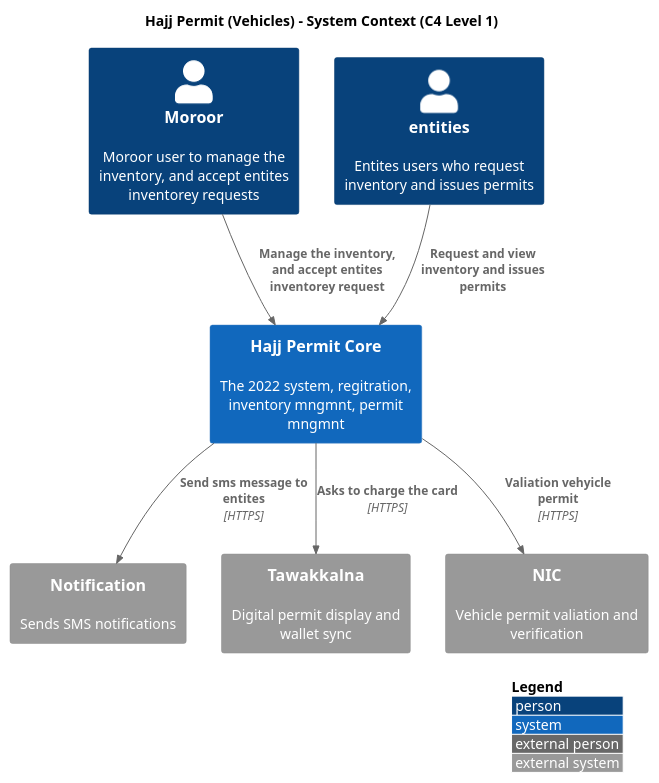
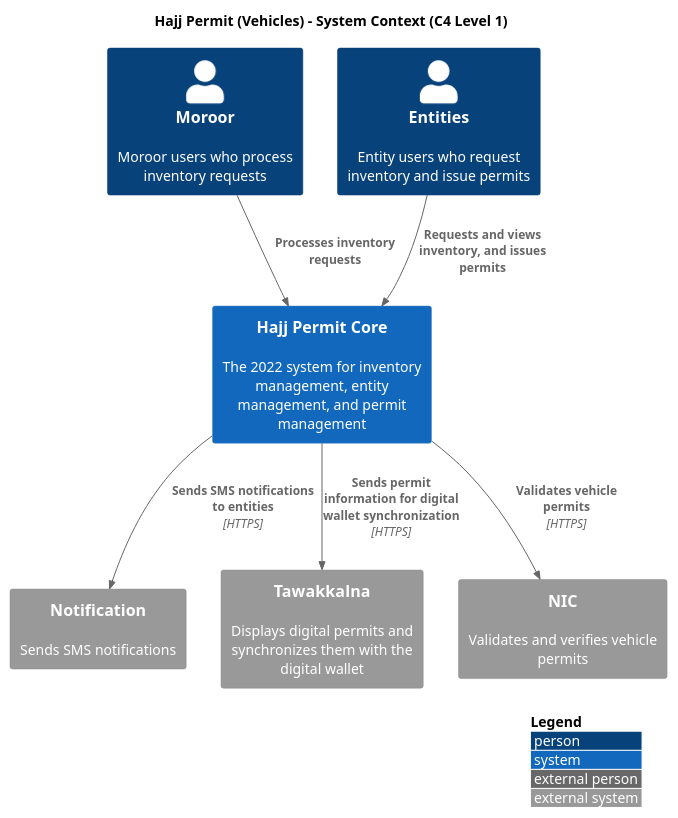
The diagram in docs/c4/c1/context.puml (Mashael48/softwareArchitectCourse), drawn with PlantUML before and after one commit. The commit also changed other lines of this file and 4 other files, not shown here.

```diff
--- a/docs/c4/c1/context.puml
+++ b/docs/c4/c1/context.puml
@@ -1,47 +1,16 @@
 @startuml context
- 
 !include <C4/C4_Context>
- 
 title Hajj Permit (Vehicles) - System Context (C4 Level 1)
- 
-' Put a small legend at the bottom explaining the colours
-
 LAYOUT_WITH_LEGEND()
- 
-' A Person is a human being who uses the system
-
-' The three parts are: short id, name on the box, description under the name
-
-Person(moroor, "Moroor", "Moroor user to manage the inventory, and accept entites inventorey requests")
-
-Person(entities, "entities", "Entites users who request inventory and issues permits")
- 
-' A System is a thing we own and change
-
-System(hajj_permit_core, "Hajj Permit Core", "The 2022 system, regitration, inventory mngmnt, permit mngmnt")
- 
-' A System_Ext is a system somebody else owns, We cannot change
-
+Person(moroor, "Moroor", "Moroor users who process inventory requests")
+Person(entities, "Entities", "Entity users who request inventory and issue permits")
+System(hajj_permit_core, "Hajj Permit Core", "The 2022 system for inventory management, entity management, and permit management")
 System_Ext(notification, "Notification", "Sends SMS notifications")
-
-System_Ext(tawakkalna, "Tawakkalna", "Digital permit display and wallet sync")
-
-System_Ext(nic, "NIC", "Vehicle permit valiation and verification")
- 
-' Rel means relationship. It draws an arrow from the first id to the second id
-
-' The text is what the arrow does, written from the caller's point of view
- 
-Rel(moroor, hajj_permit_core, "Manage the inventory, and accept entites inventorey request")
-
-Rel(entities, hajj_permit_core, "Request and view inventory and issues permits")
-
-Rel(hajj_permit_core, notification, "Send sms message to entites", "HTTPS")
-
-Rel(hajj_permit_core, tawakkalna, "Asks to charge the card", "HTTPS")
-
-Rel(hajj_permit_core, nic, "Valiation vehyicle permit", "HTTPS")
- 
-'Every diagram must be closed with @enduml
-
+System_Ext(tawakkalna, "Tawakkalna", "Displays digital permits and synchronizes them with the digital wallet")
+System_Ext(nic, "NIC", "Validates and verifies vehicle permits")
+Rel(moroor, hajj_permit_core, "Processes inventory requests")
+Rel(entities, hajj_permit_core, "Requests and views inventory, and issues permits")
+Rel(hajj_permit_core, notification, "Sends SMS notifications to entities", "HTTPS")
+Rel(hajj_permit_core, tawakkalna, "Sends permit information for digital wallet synchronization", "HTTPS")
+Rel(hajj_permit_core, nic, "Validates vehicle permits", "HTTPS")
 @enduml
```
